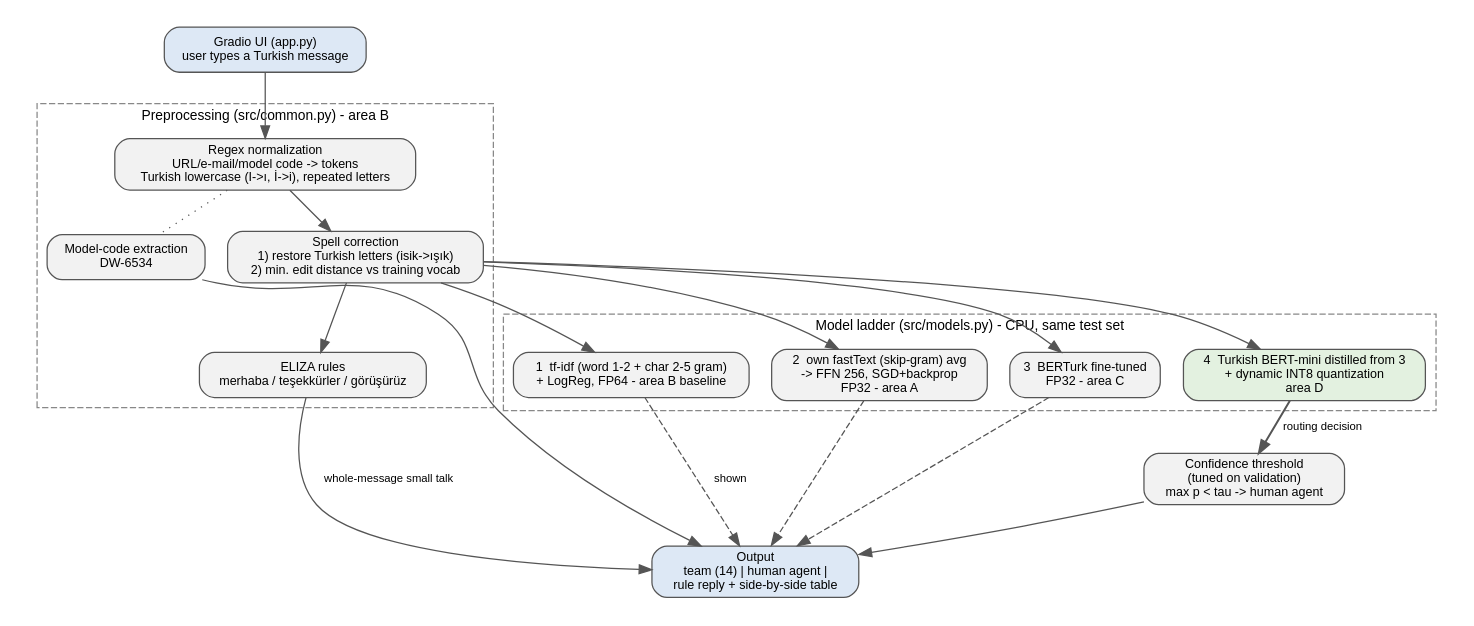
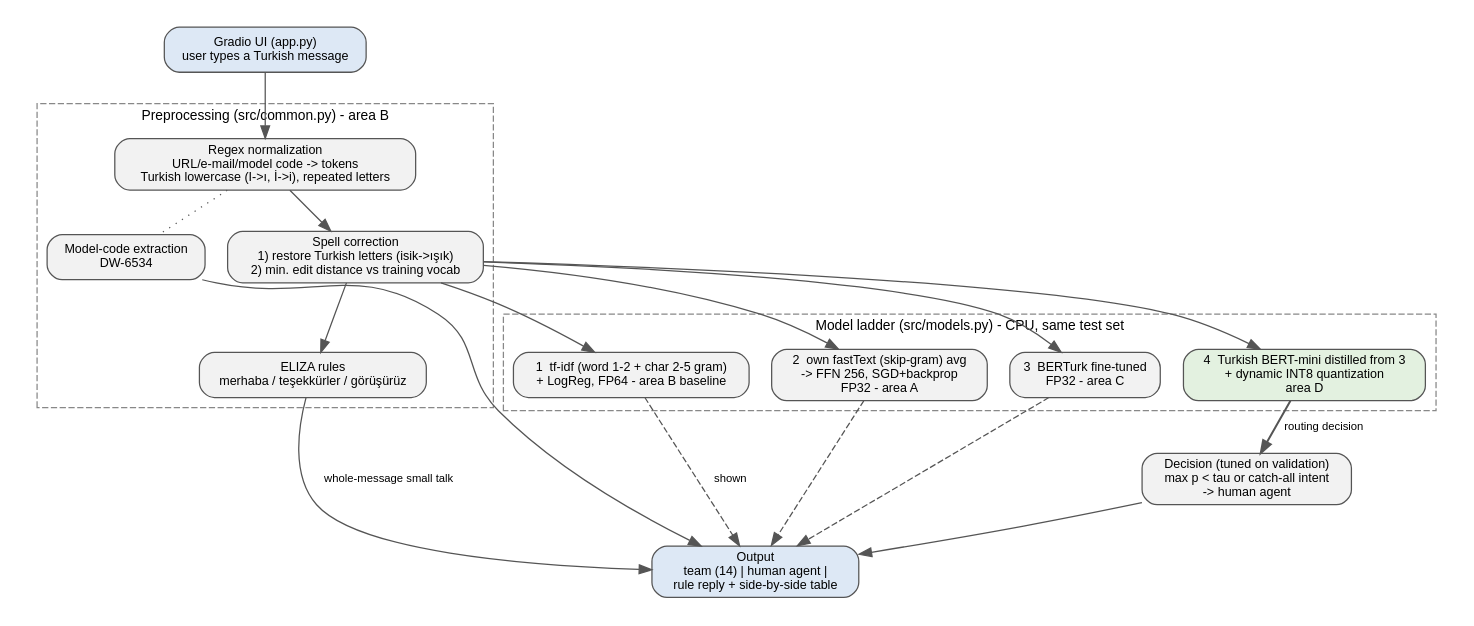
One commit to rkfirat/swe015-ticket-router changed the diagram in docs/architecture.dot. Above: the diagram before and after it, drawn with Graphviz. The commit also changed 11 other files, not shown here.

First line of the commit message:
Route the catch-all intent general_quirky to a human agent

```diff
--- a/docs/architecture.dot
+++ b/docs/architecture.dot
@@ -1,36 +1,36 @@
 // Rendered with: dot -Tpng docs/architecture.dot -o docs/architecture.png
 digraph router {
   rankdir=TB;
   graph [fontname="Helvetica", fontsize=11, nodesep=0.25, ranksep=0.45, pad=0.2];
   node  [fontname="Helvetica", fontsize=10, shape=box, style="rounded,filled", fillcolor="#f2f2f2", color="#555555"];
   edge  [fontname="Helvetica", fontsize=9, color="#555555"];
 
   ui     [label="Gradio UI (app.py)\nuser types a Turkish message", fillcolor="#dde8f5"];
 
   subgraph cluster_pre {
     label="Preprocessing (src/common.py) - area B"; style=dashed; color="#888888";
     regex  [label="Regex normalization\nURL/e-mail/model code -> tokens\nTurkish lowercase (I->ı, İ->i), repeated letters"];
     codes  [label="Model-code extraction\nDW-6534"];
     spell  [label="Spell correction\n1) restore Turkish letters (isik->ışık)\n2) min. edit distance vs training vocab"];
     eliza  [label="ELIZA rules\nmerhaba / teşekkürler / görüşürüz"];
   }
 
   subgraph cluster_models {
     label="Model ladder (src/models.py) - CPU, same test set"; style=dashed; color="#888888";
     m1 [label="1  tf-idf (word 1-2 + char 2-5 gram)\n+ LogReg, FP64 - area B baseline"];
     m2 [label="2  own fastText (skip-gram) avg\n-> FFN 256, SGD+backprop\nFP32 - area A"];
     m3 [label="3  BERTurk fine-tuned\nFP32 - area C"];
     m4 [label="4  Turkish BERT-mini distilled from 3\n+ dynamic INT8 quantization\narea D", fillcolor="#e3f1e0"];
   }
 
-  thr    [label="Confidence threshold\n(tuned on validation)\nmax p < tau -> human agent"];
+  thr    [label="Decision (tuned on validation)\nmax p < tau or catch-all intent\n-> human agent"];
   out    [label="Output\nteam (14) | human agent |\nrule reply + side-by-side table", fillcolor="#dde8f5"];
 
   ui -> regex;
   regex -> codes [style=dotted, arrowhead=none];
   regex -> spell -> eliza;
   spell -> m1; spell -> m2; spell -> m3; spell -> m4;
   m4 -> thr [label="routing decision", penwidth=1.6];
   m1 -> out [style=dashed, label="shown"]; m2 -> out [style=dashed]; m3 -> out [style=dashed];
   thr -> out; eliza -> out [label="whole-message small talk"]; codes -> out;
 }
```
